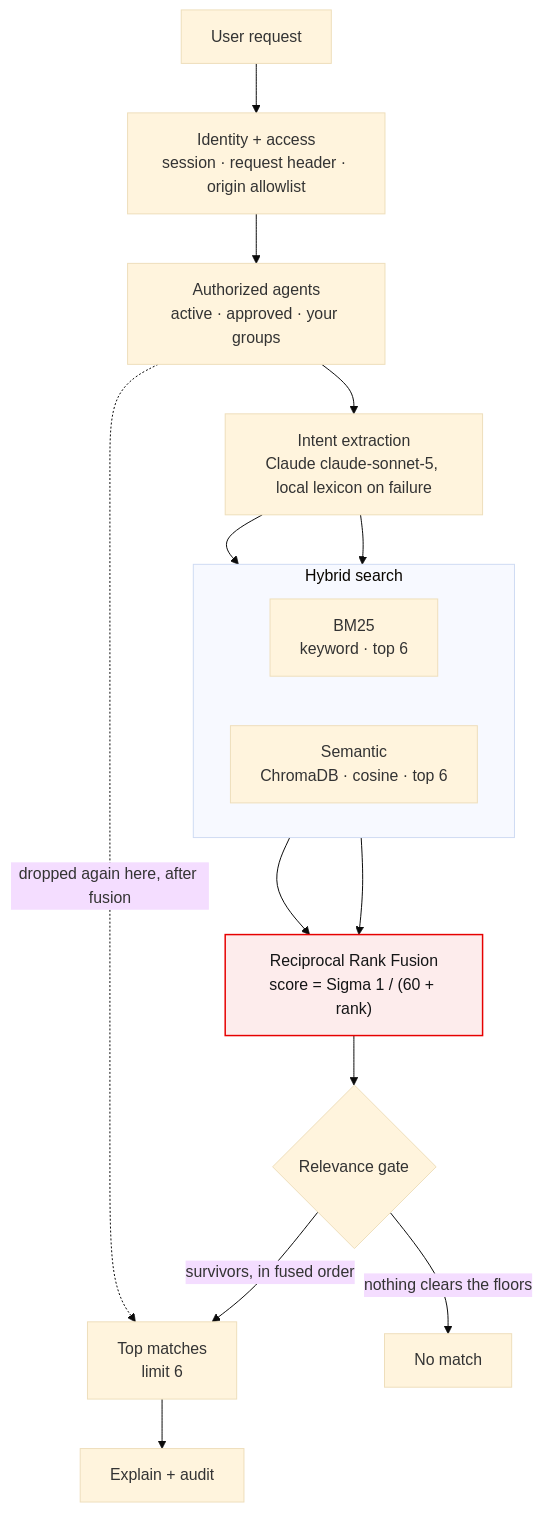
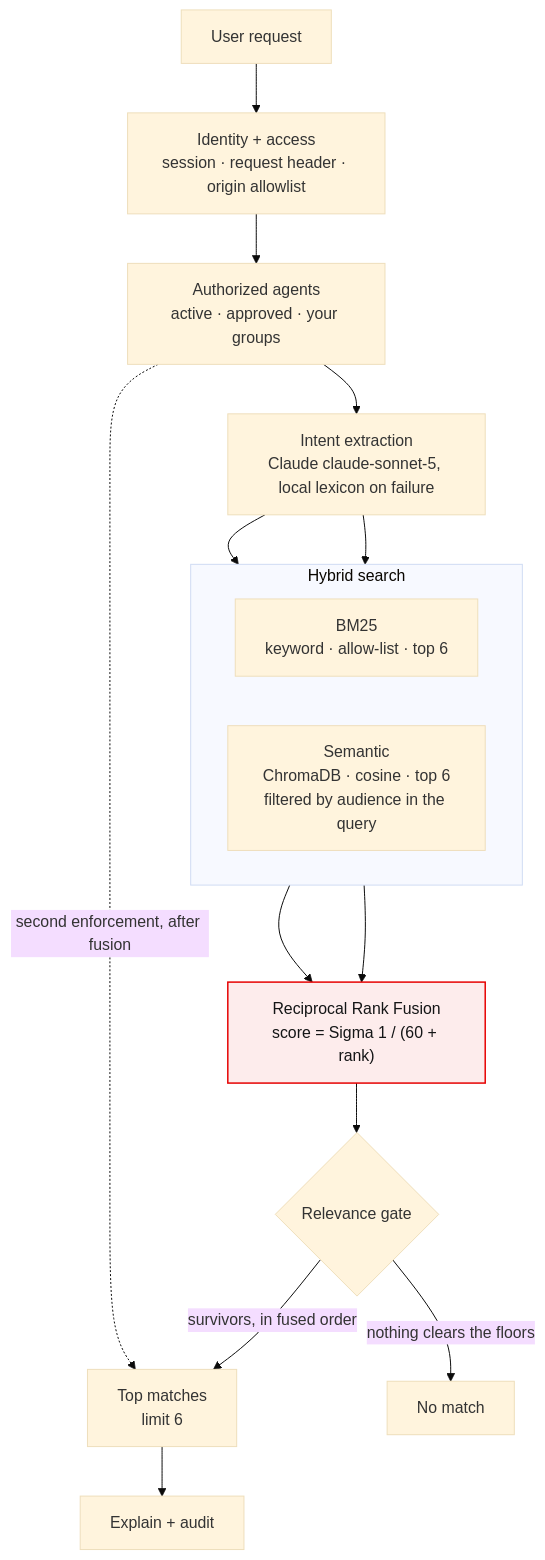
Before and after one commit to vivekprojects-GIT/CreditWiz: the diagram in docs/search-flow.md, drawn with Mermaid (base theme). The commit also changed other lines of this file and 4 other files, not shown here.

````diff
--- a/docs/search-flow.md
+++ b/docs/search-flow.md
@@ -10,34 +10,34 @@
 ```mermaid
 flowchart TB
   Q["User request"]
   A["Identity + access<br/>session · request header · origin allowlist"]
   V["Authorized agents<br/>active · approved · your groups"]
   I["Intent extraction<br/>Claude claude-sonnet-5, local lexicon on failure"]
   R["Reciprocal Rank Fusion<br/>score = Sigma 1 / (60 + rank)"]
   G{"Relevance gate"}
   T["Top matches<br/>limit 6"]
   N["No match"]
   X["Explain + audit"]
 
   subgraph H ["Hybrid search"]
     direction LR
-    K["BM25<br/>keyword · top 6"]
-    S["Semantic<br/>ChromaDB · cosine · top 6"]
+    K["BM25<br/>keyword · allow-list · top 6"]
+    S["Semantic<br/>ChromaDB · cosine · top 6<br/>filtered by audience in the query"]
   end
 
   Q --> A
   A --> V
   V --> I
   I --> S
   I --> K
   S --> R
   K --> R
   R --> G
   G -- "survivors, in fused order" --> T
   G -- "nothing clears the floors" --> N
   T --> X
-  V -. "dropped again here, after fusion" .-> T
+  V -. "second enforcement, after fusion" .-> T
 
   classDef fuse fill:#fdecec,stroke:#e60000,stroke-width:1.5px,color:#141516
   class R fuse
 ```
````
